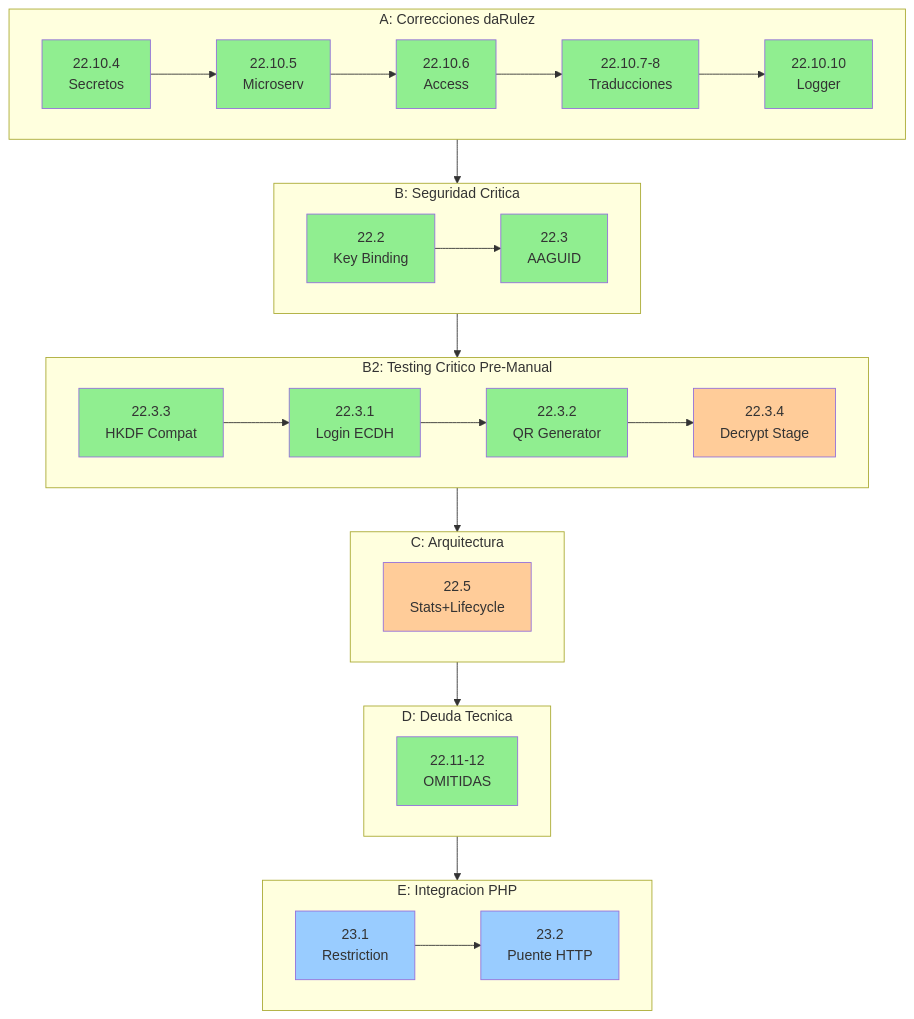
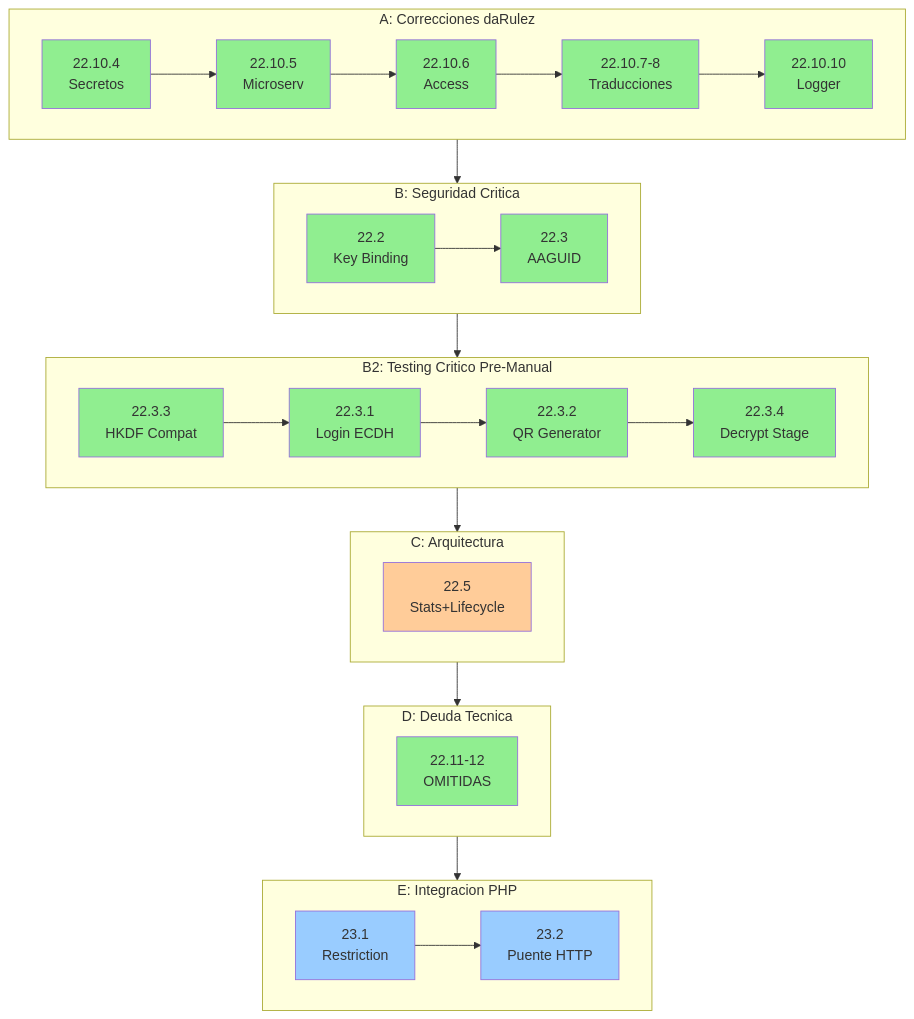
Before and after one commit to Ragnarsss/capstone-backend: the diagram in ROADMAP.md, drawn with Mermaid. The commit also changed other lines of this file, not shown here.

First line of the commit message:
docs(roadmap): marcar fase 22.3.4 como COMPLETADA

````diff
--- a/ROADMAP.md
+++ b/ROADMAP.md
@@ -47,67 +47,67 @@
 ```mermaid
 flowchart TB
     subgraph BLOQUE_A[A: Correcciones daRulez]
         direction LR
         A1[22.10.4<br/>Secretos]
         A2[22.10.5<br/>Microserv]
         A3[22.10.6<br/>Access]
         A4[22.10.7-8<br/>Traducciones]
         A5[22.10.10<br/>Logger]
         A1 --> A2 --> A3 --> A4 --> A5
     end
 
     subgraph BLOQUE_B[B: Seguridad Critica]
         direction LR
         B1[22.2<br/>Key Binding]
         B2[22.3<br/>AAGUID]
         B1 --> B2
     end
 
     subgraph BLOQUE_B2[B2: Testing Critico Pre-Manual]
         direction LR
         T1[22.3.3<br/>HKDF Compat]:::done
         T2[22.3.1<br/>Login ECDH]:::done
         T3[22.3.2<br/>QR Generator]:::done
-        T4[22.3.4<br/>Decrypt Stage]
+        T4[22.3.4<br/>Decrypt Stage]:::done
         T1 --> T2 --> T3 --> T4
     end
 
     subgraph BLOQUE_C[C: Arquitectura]
         direction LR
         C1[22.5<br/>Stats+Lifecycle]
     end
 
     subgraph BLOQUE_D[D: Deuda Tecnica]
         direction LR
         D1[22.11-12<br/>OMITIDAS]
     end
 
     subgraph BLOQUE_E[E: Integracion PHP]
         direction LR
         E1[23.1<br/>Restriction]
         E2[23.2<br/>Puente HTTP]
         E1 --> E2
     end
 
     BLOQUE_A --> BLOQUE_B
     BLOQUE_B --> BLOQUE_B2
     BLOQUE_B2 --> BLOQUE_C
     BLOQUE_C --> BLOQUE_D
     BLOQUE_D --> BLOQUE_E
 
     style A1 fill:#90EE90
     style A2 fill:#90EE90
     style A3 fill:#90EE90
     style A4 fill:#90EE90
     style A5 fill:#90EE90
     style B1 fill:#90EE90
     style B2 fill:#90EE90
     style T1 fill:#90EE90
     style T2 fill:#90EE90
     style T3 fill:#90EE90
-    style T4 fill:#ffcc99
+    style T4 fill:#90EE90
     style C1 fill:#ffcc99
     style D1 fill:#90EE90
     style E1 fill:#99ccff
     style E2 fill:#99ccff
 ```
````
